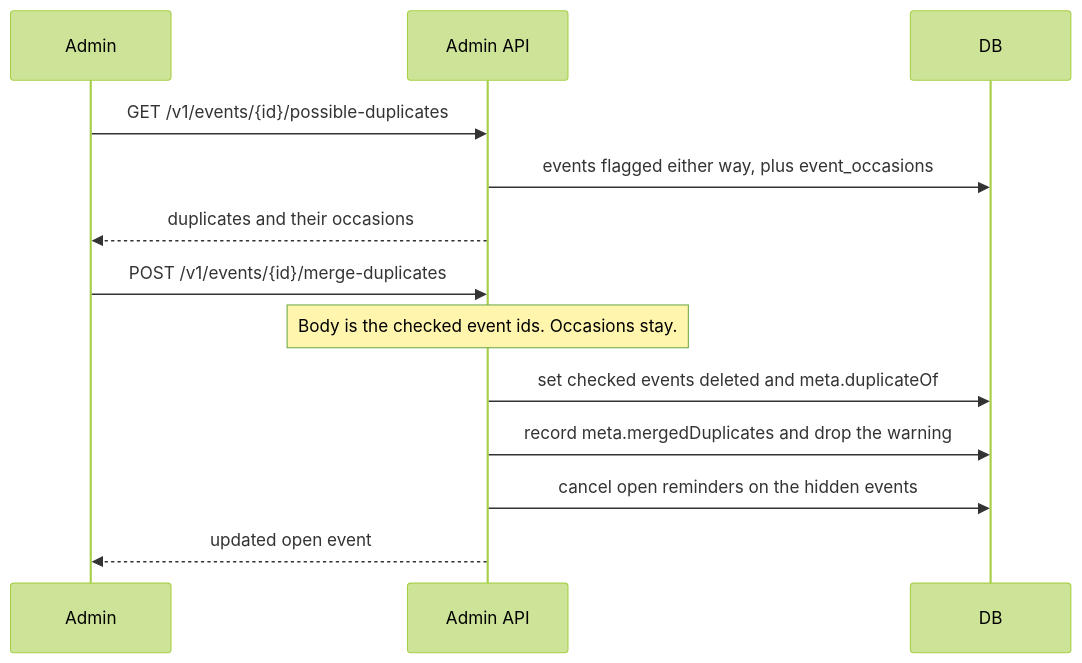
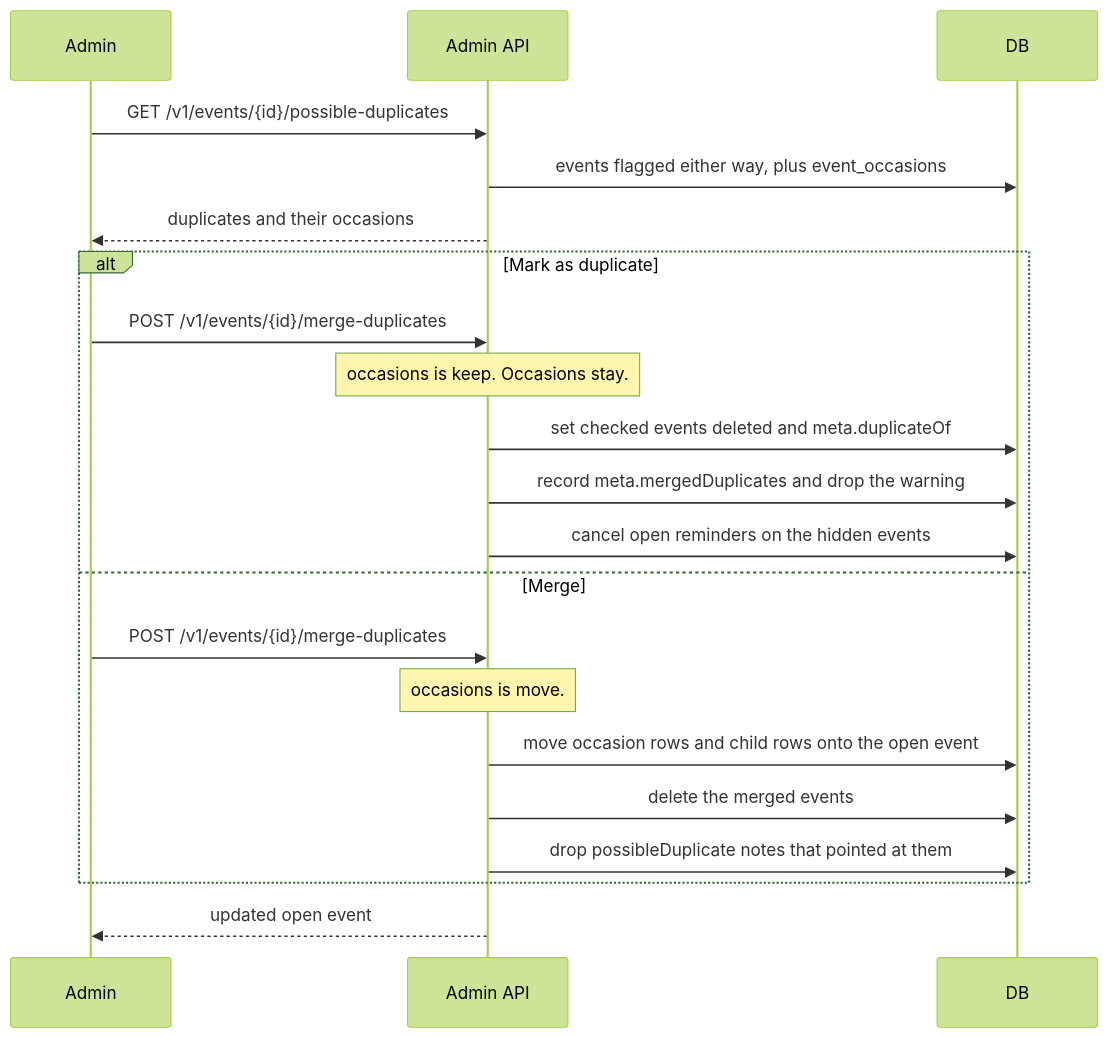
Before and after one commit to BradleySmallbottoms/evently: the diagram in docs/flows/admin-merge-duplicates.md, drawn with Mermaid (forest theme). The commit also changed other lines of this file and 32 other files, not shown here.

````diff
--- a/docs/flows/admin-merge-duplicates.md
+++ b/docs/flows/admin-merge-duplicates.md
@@ -13,15 +18,23 @@
 ```mermaid
 sequenceDiagram
   participant Admin
   participant API as Admin API
   participant DB
   Admin->>API: GET /v1/events/{id}/possible-duplicates
   API->>DB: events flagged either way, plus event_occasions
   API-->>Admin: duplicates and their occasions
-  Admin->>API: POST /v1/events/{id}/merge-duplicates
-  Note over API: Body is the checked event ids. Occasions stay.
-  API->>DB: set checked events deleted and meta.duplicateOf
-  API->>DB: record meta.mergedDuplicates and drop the warning
-  API->>DB: cancel open reminders on the hidden events
+  alt Mark as duplicate
+    Admin->>API: POST /v1/events/{id}/merge-duplicates
+    Note over API: occasions is keep. Occasions stay.
+    API->>DB: set checked events deleted and meta.duplicateOf
+    API->>DB: record meta.mergedDuplicates and drop the warning
+    API->>DB: cancel open reminders on the hidden events
+  else Merge
+    Admin->>API: POST /v1/events/{id}/merge-duplicates
+    Note over API: occasions is move.
+    API->>DB: move occasion rows and child rows onto the open event
+    API->>DB: delete the merged events
+    API->>DB: drop possibleDuplicate notes that pointed at them
+  end
   API-->>Admin: updated open event
 ```
````
